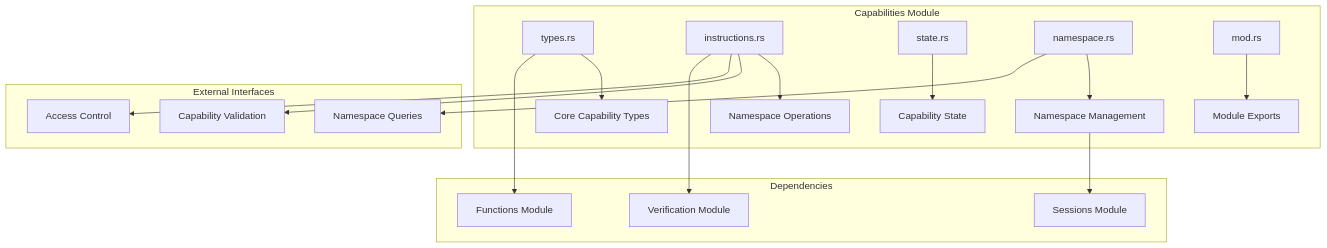
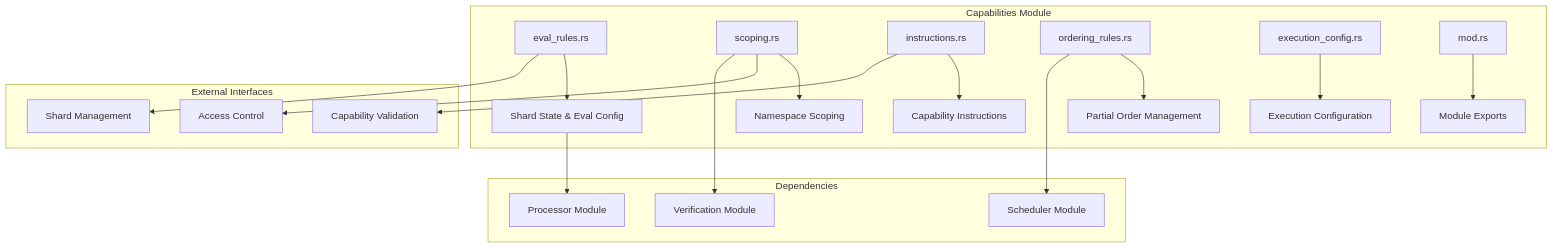
One commit to timewave-computer/valence-solana changed the first of 5 diagrams in docs/103-capabilities.md. Above: the diagram before and after it, drawn with Mermaid. The commit also changed other lines of this file and 70 other files, not shown here.

````diff
--- a/docs/103-capabilities.md
+++ b/docs/103-capabilities.md
@@ -11,30 +11,31 @@
 ```mermaid
 graph TB
     subgraph "Capabilities Module"
-        A[types.rs] --> B[Core Capability Types]
-        C[instructions.rs] --> D[Namespace Operations]
-        E[state.rs] --> F[Capability State]
-        G[namespace.rs] --> H[Namespace Management]
-        I[mod.rs] --> J[Module Exports]
+        A[eval_rules.rs] --> B[Shard State & Eval Config]
+        C[scoping.rs] --> D[Namespace Scoping]
+        E[instructions.rs] --> F[Capability Instructions]
+        G[ordering_rules.rs] --> H[Partial Order Management]
+        I[execution_config.rs] --> J[Execution Configuration]
+        K[mod.rs] --> L[Module Exports]
     end
     
     subgraph "External Interfaces"
-        K[Capability Validation]
-        L[Namespace Queries]
-        M[Access Control]
+        M[Capability Validation]
+        N[Shard Management]
+        O[Access Control]
     end
     
     subgraph "Dependencies"
-        N[Functions Module]
-        O[Verification Module]
-        P[Sessions Module]
+        P[Processor Module]
+        Q[Scheduler Module]
+        R[Verification Module]
     end
     
-    C --> K
-    G --> L
-    C --> M
-    
+    E --> M
     A --> N
     C --> O
-    H --> P
+    
+    B --> P
+    G --> Q
+    C --> R
 ```
````
